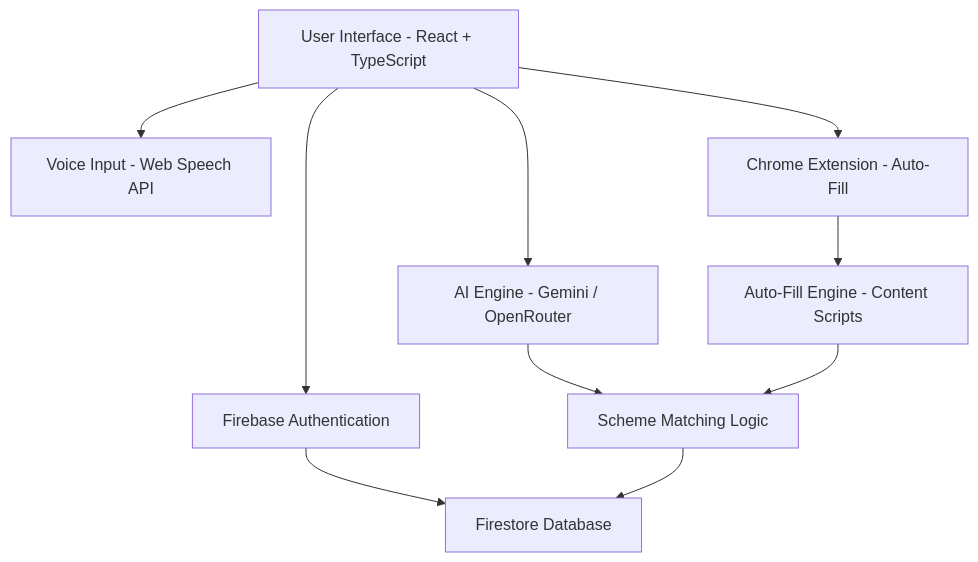
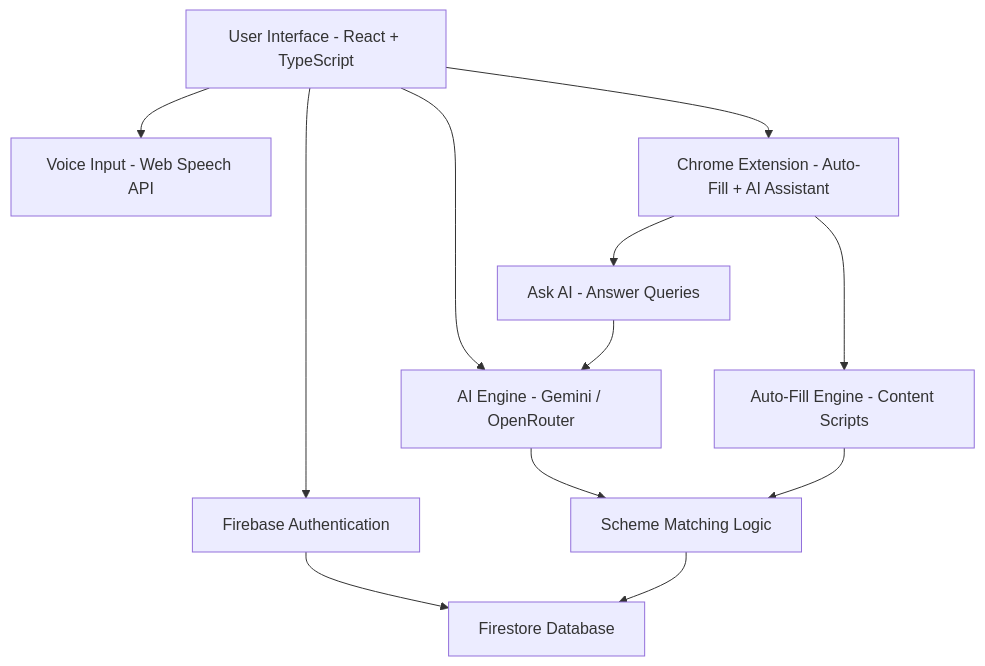
Before and after one commit to Dhruv9068/Scheme-Genie: the first of 2 diagrams in README.md, drawn with Mermaid.

````diff
--- a/README.md
+++ b/README.md
@@ -156,14 +156,17 @@
 ```mermaid
 graph TD
     UI[User Interface - React + TypeScript] --> Auth[Firebase Authentication]
     UI --> Voice[Voice Input - Web Speech API]
-    UI --> Ext[Chrome Extension - Auto-Fill]
-    
+    UI --> Ext[Chrome Extension - Auto-Fill + AI Assistant]
+
     Auth --> DB[Firestore Database]
     UI --> AI[AI Engine - Gemini / OpenRouter]
     AI --> Logic[Scheme Matching Logic]
     Logic --> DB
-    
+
     Ext --> FillEngine[Auto-Fill Engine - Content Scripts]
+    Ext --> ExtAI[Ask AI - Answer Queries]
     FillEngine --> Logic
+    ExtAI --> AI
+
 ```
````
